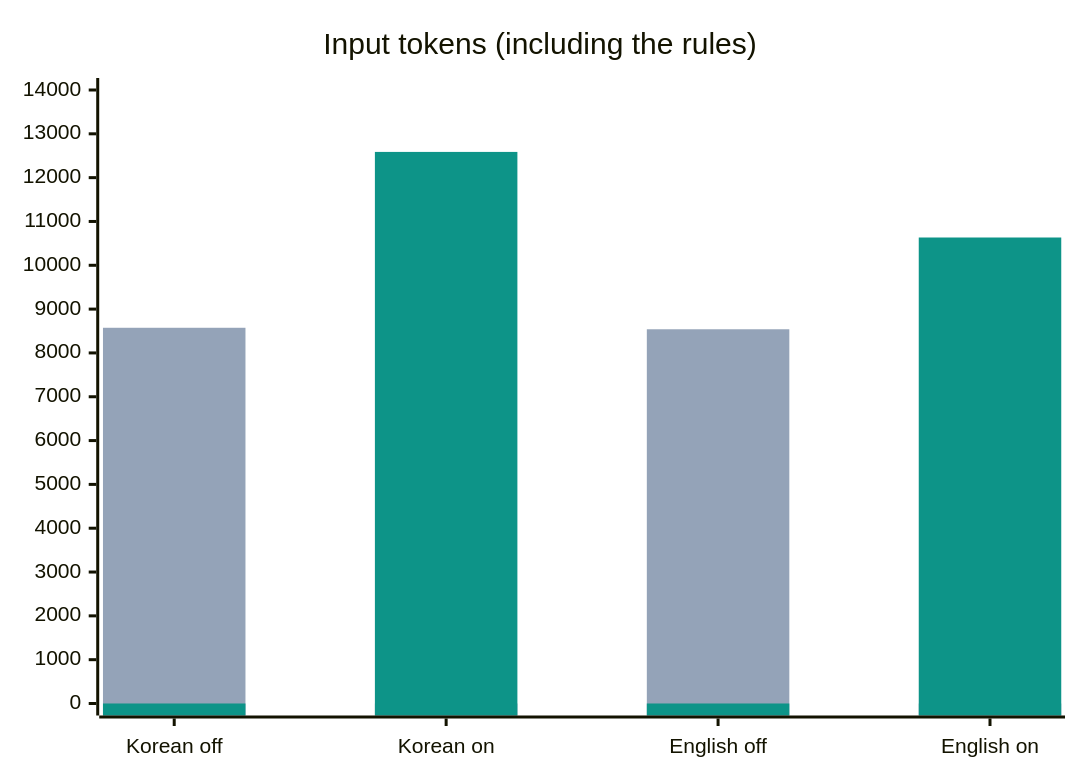
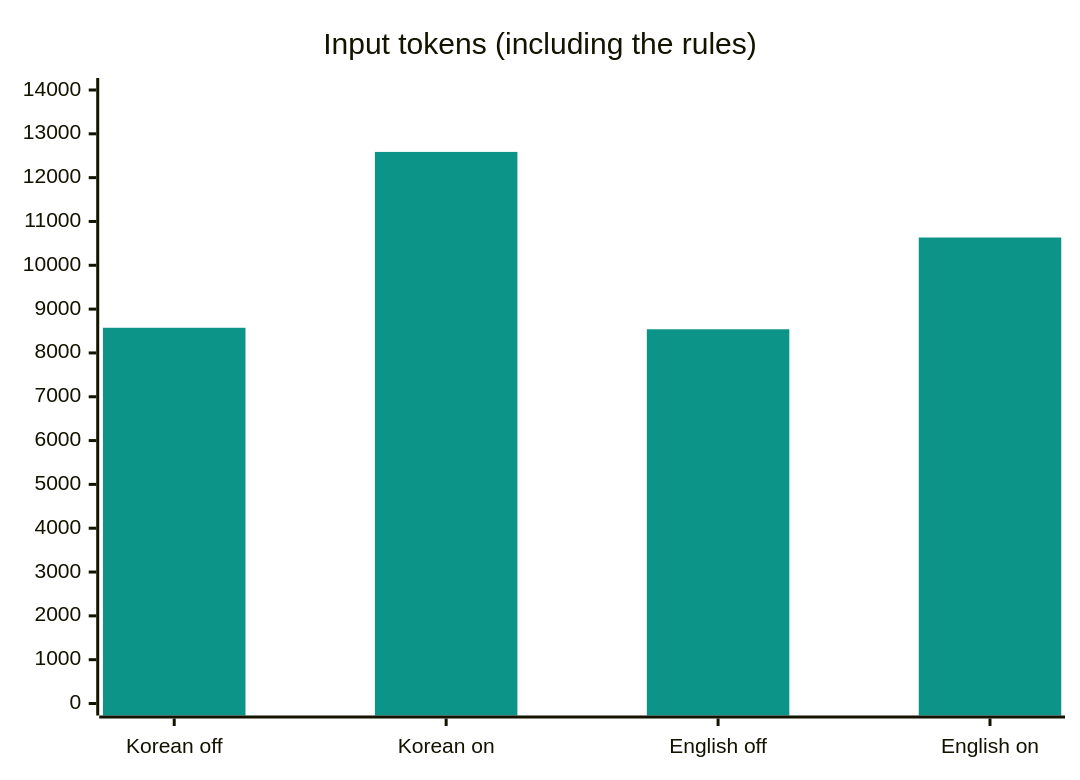
The second of 2 diagrams in README.md (evelynn/get-to-it), drawn with Mermaid before and after one commit. The commit also changed other lines of this file and 1 other file, not shown here.

Commit message:
karin: 토큰 그래프를 한 계열 막대로 되돌려 0값 막대 줄 제거
- 끔·켬 두 계열로 나누면 값 0 막대가 다른 막대 아래에 얇은 줄로 남음
- 한 계열 막대와 진한 청록 한 가지 색으로 통일

````diff
--- a/README.md
+++ b/README.md
@@ -32,9 +31,8 @@
 ```mermaid
-%%{init: {"themeVariables": {"xyChart": {"plotColorPalette": "#94a3b8, #0d9488"}}}}%%
+%%{init: {"themeVariables": {"xyChart": {"plotColorPalette": "#0d9488"}}}}%%
 xychart-beta
     title "Input tokens (including the rules)"
     x-axis ["Korean off", "Korean on", "English off", "English on"]
     y-axis 0 --> 14000
-    bar [8574, 0, 8540, 0]
-    bar [0, 12587, 0, 10634]
+    bar [8574, 12587, 8540, 10634]
 ```
````
